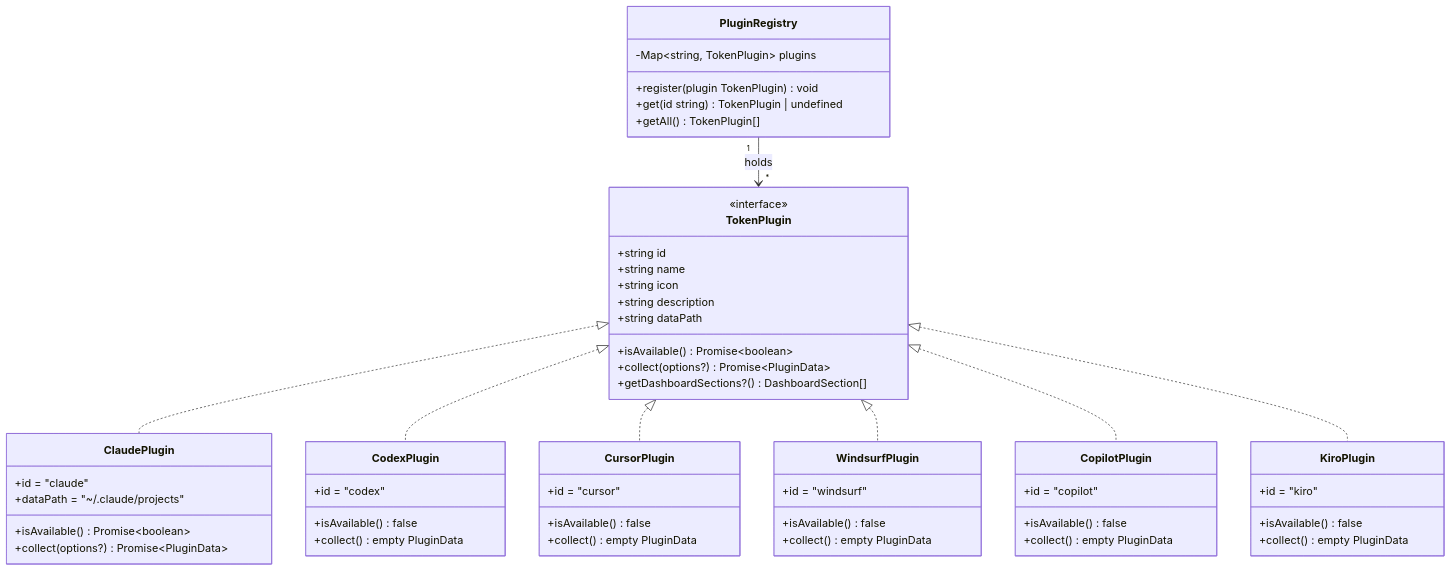
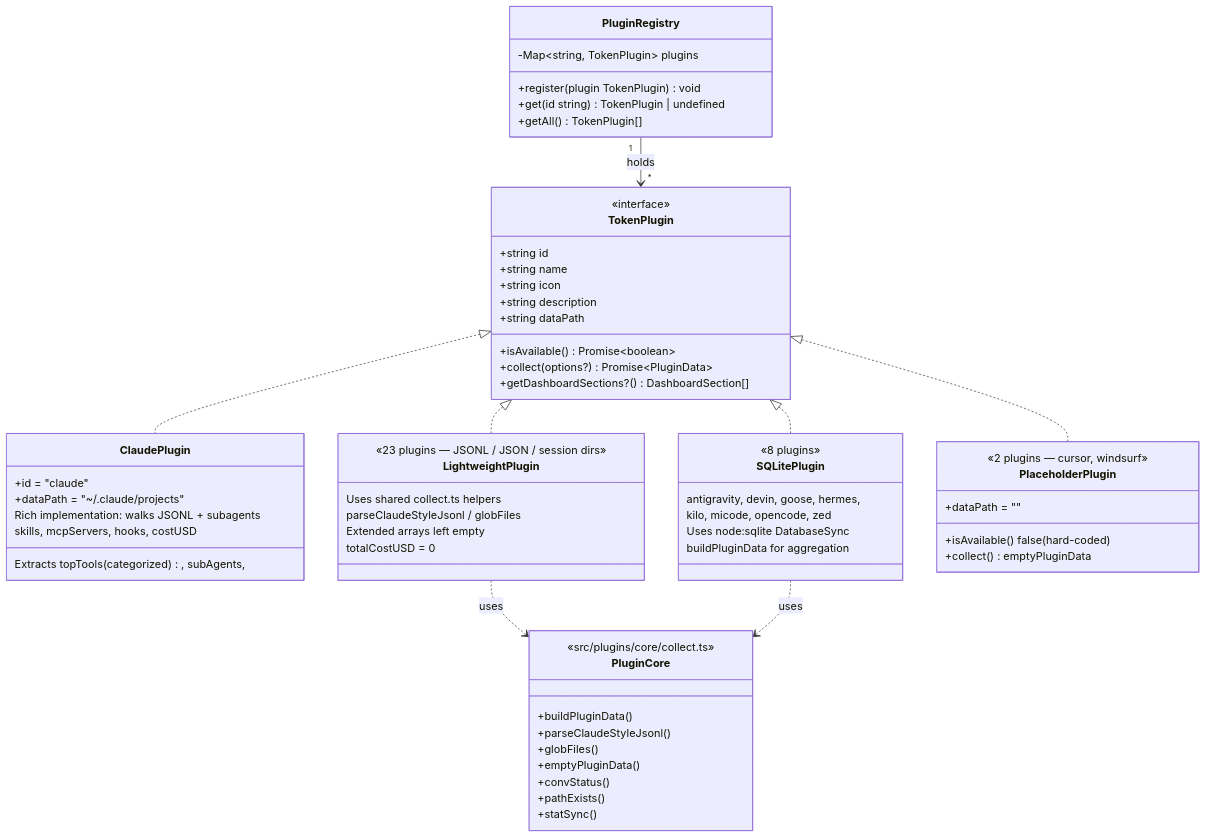
Before and after one commit to headlessengineer/aitokentracker: the fourth of 5 diagrams in docs/architecture.md, drawn with Mermaid. The commit also changed other lines of this file and 5 other files, not shown here.

````diff
--- a/docs/architecture.md
+++ b/docs/architecture.md
@@ -186,66 +224,71 @@
 ```mermaid
 classDiagram
     class TokenPlugin {
         <<interface>>
         +string id
         +string name
         +string icon
         +string description
         +string dataPath
         +isAvailable() Promise~boolean~
         +collect(options?) Promise~PluginData~
         +getDashboardSections?() DashboardSection[]
     }
 
     class PluginRegistry {
         -Map~string, TokenPlugin~ plugins
         +register(plugin TokenPlugin) void
         +get(id string) TokenPlugin | undefined
         +getAll() TokenPlugin[]
     }
 
     class ClaudePlugin {
         +id = "claude"
         +dataPath = "~/.claude/projects"
-        +isAvailable() Promise~boolean~
-        +collect(options?) Promise~PluginData~
+        Rich implementation: walks JSONL + subagents
+        Extracts topTools (categorized), subAgents,
+        skills, mcpServers, hooks, costUSD
     }
 
-    class CodexPlugin {
-        +id = "codex"
-        +isAvailable() false
-        +collect() empty PluginData
+    class LightweightPlugin {
+        <<23 plugins — JSONL / JSON / session dirs>>
+        Uses shared collect.ts helpers
+        parseClaudeStyleJsonl / globFiles
+        Extended arrays left empty
+        totalCostUSD = 0
     }
 
-    class CursorPlugin {
-        +id = "cursor"
-        +isAvailable() false
-        +collect() empty PluginData
+    class SQLitePlugin {
+        <<8 plugins>>
+        antigravity, devin, goose, hermes,
+        kilo, micode, opencode, zed
+        Uses node:sqlite DatabaseSync
+        buildPluginData for aggregation
     }
 
-    class WindsurfPlugin {
-        +id = "windsurf"
-        +isAvailable() false
-        +collect() empty PluginData
+    class PlaceholderPlugin {
+        <<2 plugins — cursor, windsurf>>
+        +isAvailable() false (hard-coded)
+        +dataPath = ""
+        +collect() emptyPluginData
     }
 
-    class CopilotPlugin {
-        +id = "copilot"
-        +isAvailable() false
-        +collect() empty PluginData
-    }
-
-    class KiroPlugin {
-        +id = "kiro"
-        +isAvailable() false
-        +collect() empty PluginData
+    class PluginCore {
+        <<src/plugins/core/collect.ts>>
+        +buildPluginData()
+        +parseClaudeStyleJsonl()
+        +globFiles()
+        +emptyPluginData()
+        +convStatus()
+        +pathExists()
+        +statSync()
     }
 
     TokenPlugin <|.. ClaudePlugin
-    TokenPlugin <|.. CodexPlugin
-    TokenPlugin <|.. CursorPlugin
-    TokenPlugin <|.. WindsurfPlugin
-    TokenPlugin <|.. CopilotPlugin
-    TokenPlugin <|.. KiroPlugin
+    TokenPlugin <|.. LightweightPlugin
+    TokenPlugin <|.. SQLitePlugin
+    TokenPlugin <|.. PlaceholderPlugin
+    LightweightPlugin ..> PluginCore : uses
+    SQLitePlugin ..> PluginCore : uses
     PluginRegistry "1" --> "*" TokenPlugin : holds
 ```
````
